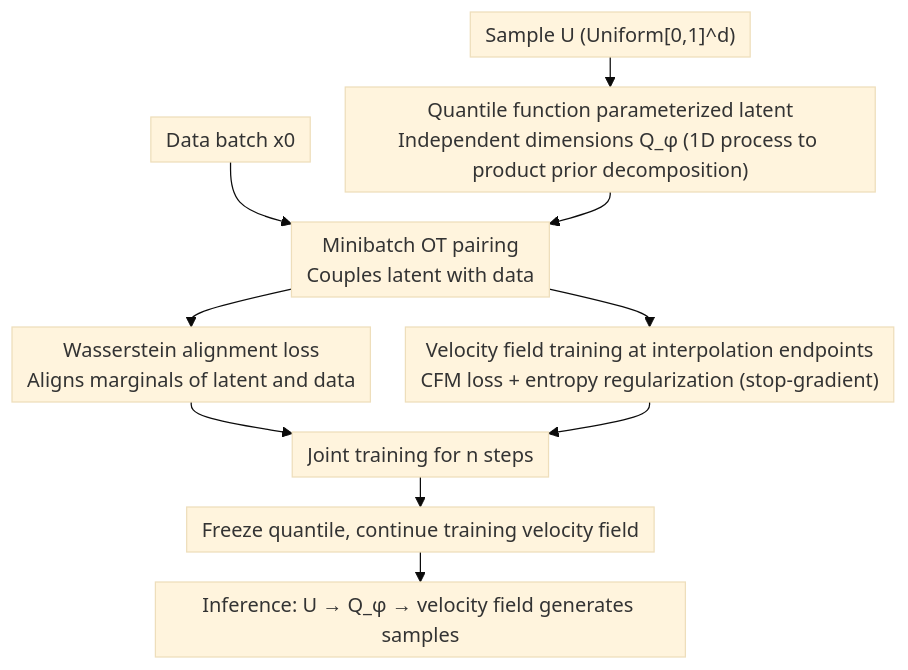
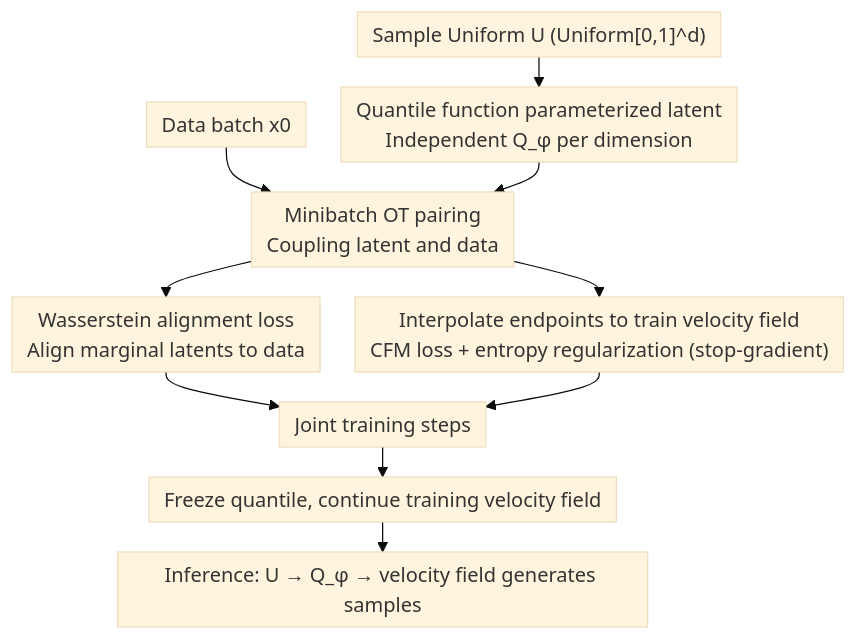
The diagram in docs/ICML2026/image_generation/adapting_noise_to_data_generative_flows_from_1d_processes.md (zhaoyang97/Paper-Notes-en), drawn with Mermaid (base theme) before and after one commit. The commit also changed other lines of this file and 5084 other files, not shown here.

````diff
--- a/docs/ICML2026/image_generation/adapting_noise_to_data_generative_flows_from_1d_processes.md
+++ b/docs/ICML2026/image_generation/adapting_noise_to_data_generative_flows_from_1d_processes.md
@@ -48,13 +48,13 @@
 ```mermaid
 %%{init: {'flowchart': {'rankSpacing': 24, 'nodeSpacing': 28, 'padding': 6, 'wrappingWidth': 400}}}%%
 flowchart TD
-    U["Sample U (Uniform[0,1]^d)"] --> Q["Quantile function parameterized latent<br/>Independent dimensions Q_φ (1D process to product prior decomposition)"]
-    DATA["Data batch x0"] --> OT["Minibatch OT pairing<br/>Couples latent with data"]
+    U["Sample Uniform U (Uniform[0,1]^d)"] --> Q["Quantile function parameterized latent<br/>Independent Q_φ per dimension"]
+    DATA["Data batch x0"] --> OT["Minibatch OT pairing<br/>Coupling latent and data"]
     Q --> OT
-    OT --> ALIGN["Wasserstein alignment loss<br/>Aligns marginals of latent and data"]
-    OT --> FM["Velocity field training at interpolation endpoints<br/>CFM loss + entropy regularization (stop-gradient)"]
-    ALIGN --> JOINT["Joint training for n steps"]
+    OT --> ALIGN["Wasserstein alignment loss<br/>Align marginal latents to data"]
+    OT --> FM["Interpolate endpoints to train velocity field<br/>CFM loss + entropy regularization (stop-gradient)"]
+    ALIGN --> JOINT["Joint training steps"]
     FM --> JOINT
     JOINT --> FREEZE["Freeze quantile, continue training velocity field"]
     FREEZE --> INF["Inference: U → Q_φ → velocity field generates samples"]
 ```
````
